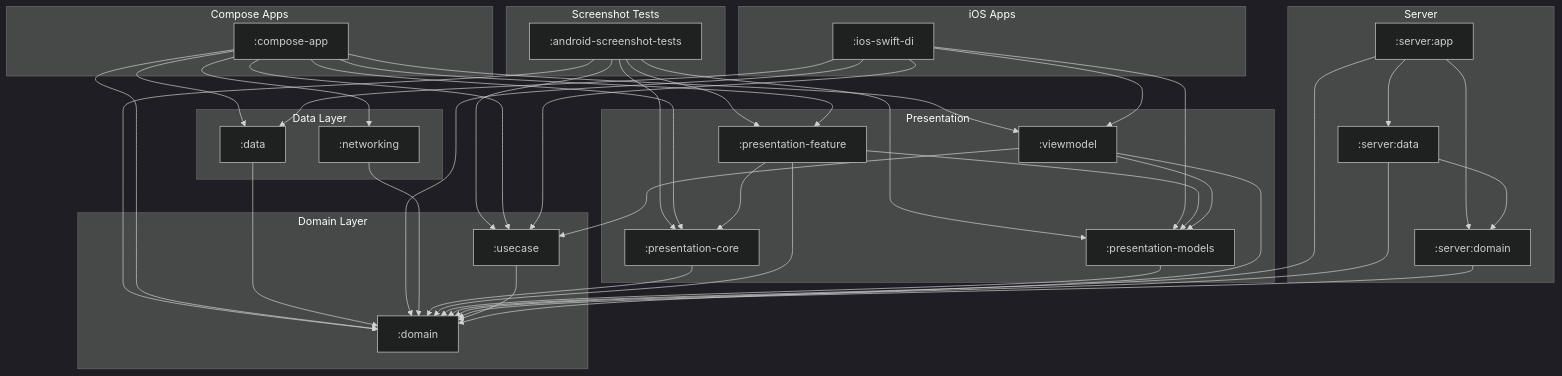
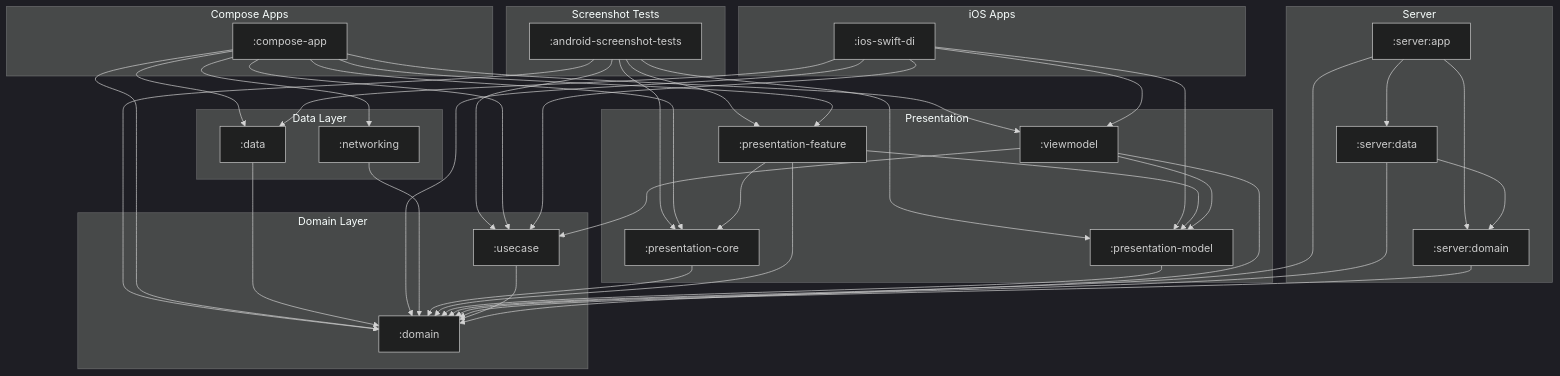
One commit to cartland/battery-butler changed the diagram in docs/diagrams/kotlin_module_structure.mmd. Above: the diagram before and after it, drawn with Mermaid (dark theme). The commit also changed 33 other files, not shown here.

Commit message:
refactor: rename presentation-models to presentation-model (singular)

```diff
--- a/docs/diagrams/kotlin_module_structure.mmd
+++ b/docs/diagrams/kotlin_module_structure.mmd
@@ -1,83 +1,83 @@
 graph TD
     subgraph "iOS Apps"
         IosSwiftDi[":ios-swift-di"]
     end
 
     subgraph "Compose Apps"
         ComposeApp[":compose-app"]
     end
 
     subgraph "Server"
         ServerApp[":server:app"]
         ServerData[":server:data"]
         ServerDomain[":server:domain"]
     end
 
     subgraph "Presentation"
         PresentationCore[":presentation-core"]
         PresentationFeature[":presentation-feature"]
-        PresentationModels[":presentation-models"]
+        PresentationModel[":presentation-model"]
         Viewmodel[":viewmodel"]
     end
 
     subgraph "Domain Layer"
         Domain[":domain"]
         Usecase[":usecase"]
     end
 
     subgraph "Data Layer"
         Data[":data"]
         Networking[":networking"]
     end
 
     subgraph "Screenshot Tests"
         AndroidScreenshotTests[":android-screenshot-tests"]
     end
 
     %% Dependencies
     AndroidScreenshotTests --> Domain
     AndroidScreenshotTests --> PresentationCore
     AndroidScreenshotTests --> PresentationFeature
-    AndroidScreenshotTests --> PresentationModels
+    AndroidScreenshotTests --> PresentationModel
     AndroidScreenshotTests --> Usecase
 
     ComposeApp --> Data
     ComposeApp --> Domain
     ComposeApp --> Networking
     ComposeApp --> PresentationCore
     ComposeApp --> PresentationFeature
     ComposeApp --> Usecase
     ComposeApp --> Viewmodel
 
     Data --> Domain
 
     IosSwiftDi --> Data
     IosSwiftDi --> Domain
-    IosSwiftDi --> PresentationModels
+    IosSwiftDi --> PresentationModel
     IosSwiftDi --> Usecase
     IosSwiftDi --> Viewmodel
 
     Networking --> Domain
 
     PresentationCore --> Domain
 
     PresentationFeature --> Domain
     PresentationFeature --> PresentationCore
-    PresentationFeature --> PresentationModels
+    PresentationFeature --> PresentationModel
 
-    PresentationModels --> Domain
+    PresentationModel --> Domain
 
     ServerApp --> Domain
     ServerApp --> ServerData
     ServerApp --> ServerDomain
 
     ServerData --> Domain
     ServerData --> ServerDomain
 
     ServerDomain --> Domain
 
     Usecase --> Domain
 
     Viewmodel --> Domain
-    Viewmodel --> PresentationModels
+    Viewmodel --> PresentationModel
     Viewmodel --> Usecase
```
